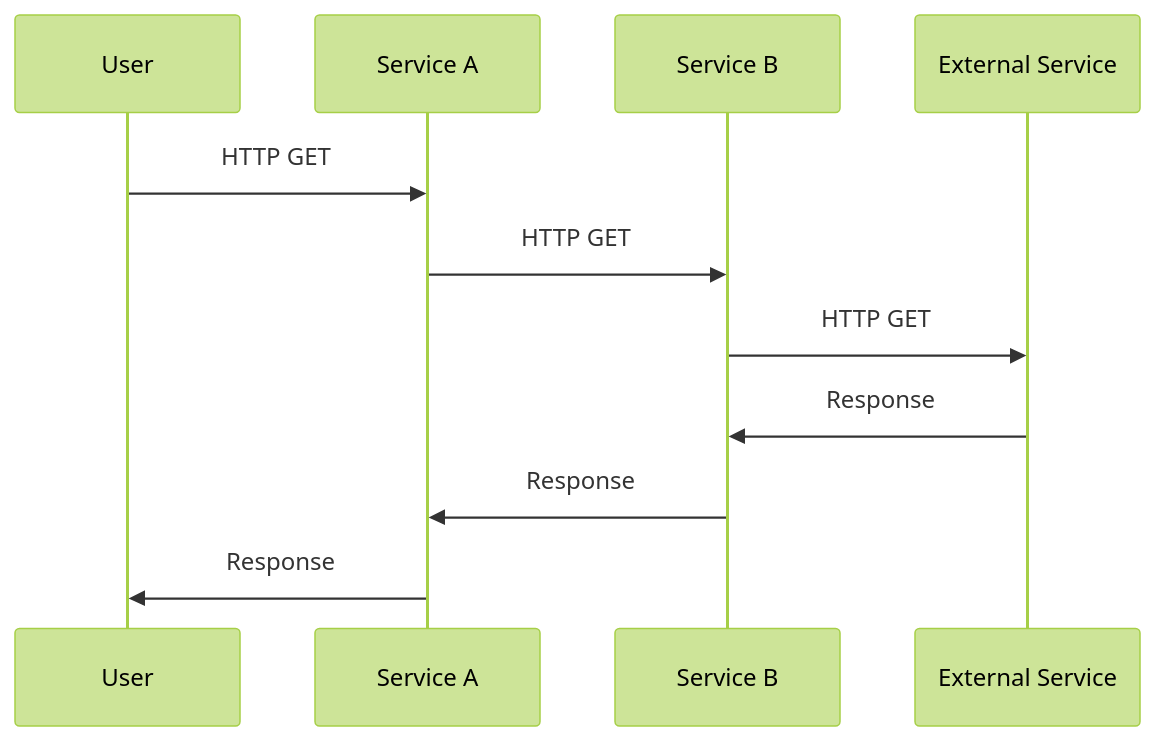
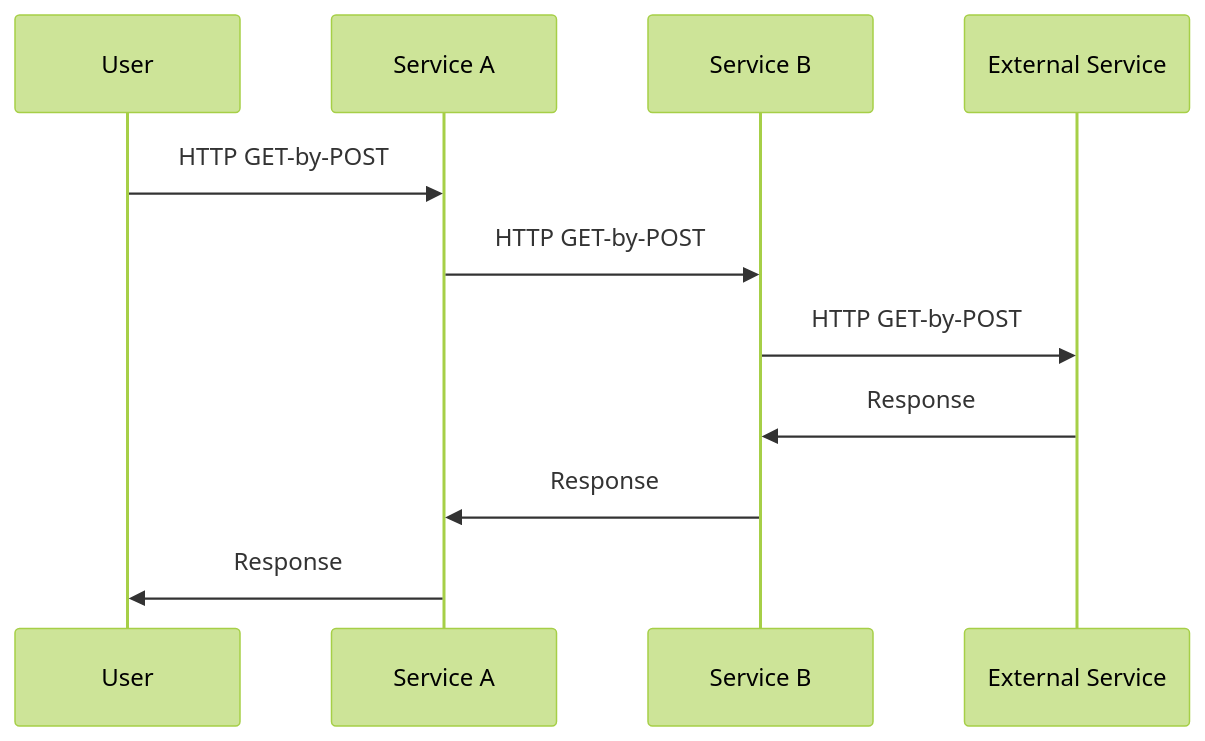
Before and after one commit to ndoornekamp/ndoornekamp.github.io: the first of 2 diagrams in posts/requests-httpx-migration.md, drawn with Mermaid (forest theme). The commit also changed other lines of this file, not shown here.

````diff
--- a/posts/requests-httpx-migration.md
+++ b/posts/requests-httpx-migration.md
@@ -9,11 +11,10 @@
 ```mermaid
 
 sequenceDiagram
-    User->>Service A: HTTP GET
-    Service A->>Service B: HTTP GET
-    Service B->>External Service: HTTP GET
+    User->>Service A: HTTP GET-by-POST
+    Service A->>Service B: HTTP GET-by-POST
+    Service B->>External Service: HTTP GET-by-POST
     External Service->>Service B: Response
     Service B->>Service A: Response
     Service A->>User: Response
-
 ```
````
